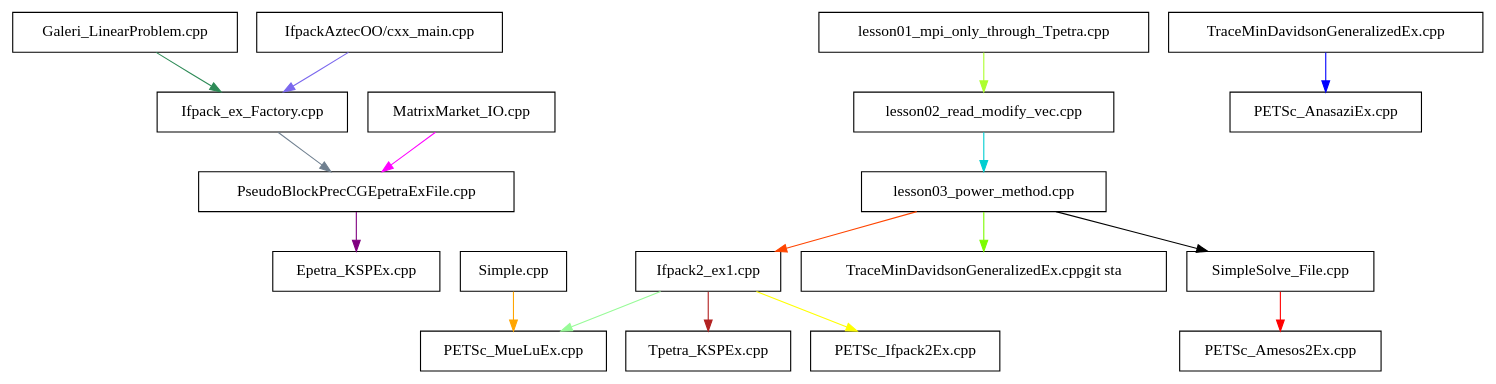
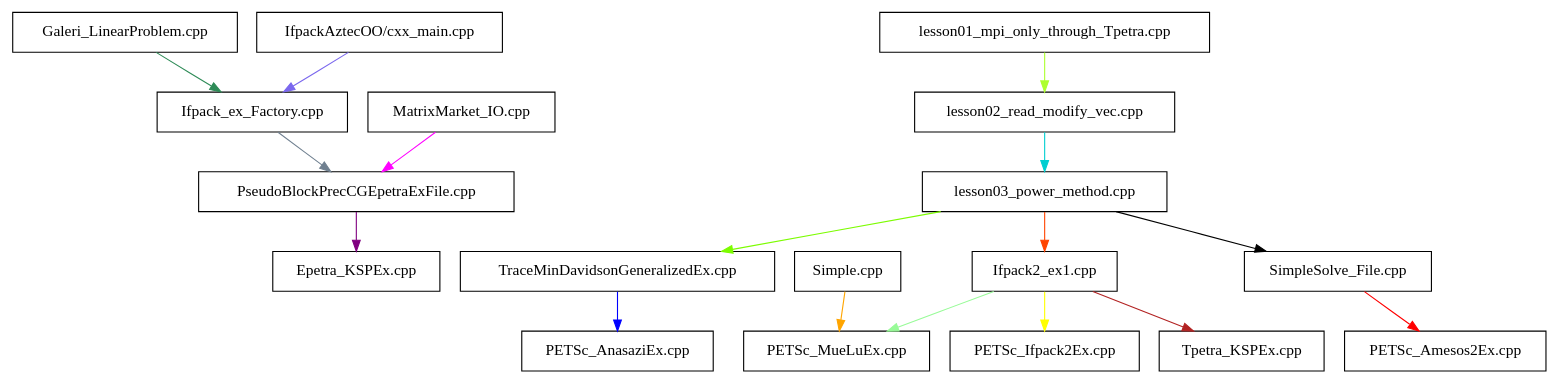
Before and after one commit to duongdo27/TrilinosConceptMap: the diagram in markdown/map.dot, drawn with Graphviz. The commit also changed 2 other files, not shown here.

Commit message:
Fix filename for TraceDavisGeneralized

```diff
--- a/markdown/map.dot
+++ b/markdown/map.dot
@@ -1,19 +1,19 @@
 digraph G {
   node [shape = box];
   "PseudoBlockPrecCGEpetraExFile.cpp" -> "Epetra_KSPEx.cpp" [colorscheme="svg" color="purple"]
   "SimpleSolve_File.cpp" -> "PETSc_Amesos2Ex.cpp" [colorscheme="svg" color="red"]
   "TraceMinDavidsonGeneralizedEx.cpp" -> "PETSc_AnasaziEx.cpp" [colorscheme="svg" color="blue"]
   "Ifpack2_ex1.cpp" -> "PETSc_Ifpack2Ex.cpp" [colorscheme="svg" color="yellow"]
   "Simple.cpp" -> "PETSc_MueLuEx.cpp" [colorscheme="svg" color="orange"]
   "Ifpack2_ex1.cpp" -> "PETSc_MueLuEx.cpp" [colorscheme="svg" color="palegreen"]
   "Ifpack2_ex1.cpp" -> "Tpetra_KSPEx.cpp" [colorscheme="svg" color="firebrick"]
-  "lesson03_power_method.cpp" -> "TraceMinDavidsonGeneralizedEx.cppgit sta" [colorscheme="svg" color="lawngreen"]
+  "lesson03_power_method.cpp" -> "TraceMinDavidsonGeneralizedEx.cpp" [colorscheme="svg" color="lawngreen"]
   "lesson03_power_method.cpp" -> "SimpleSolve_File.cpp" [colorscheme="svg" color="teal`"]
   "Ifpack_ex_Factory.cpp" -> "PseudoBlockPrecCGEpetraExFile.cpp" [colorscheme="svg" color="slategrey"]
   "MatrixMarket_IO.cpp" -> "PseudoBlockPrecCGEpetraExFile.cpp" [colorscheme="svg" color="fuchsia"]
   "Galeri_LinearProblem.cpp" -> "Ifpack_ex_Factory.cpp" [colorscheme="svg" color="seagreen"]
   "IfpackAztecOO/cxx_main.cpp" -> "Ifpack_ex_Factory.cpp" [colorscheme="svg" color="mediumslateblue"]
   "lesson03_power_method.cpp" -> "Ifpack2_ex1.cpp" [colorscheme="svg" color="orangered"]
   "lesson01_mpi_only_through_Tpetra.cpp" -> "lesson02_read_modify_vec.cpp" [colorscheme="svg" color="greenyellow"]
   "lesson02_read_modify_vec.cpp" -> "lesson03_power_method.cpp" [colorscheme="svg" color="darkturquoise"]
 }
```
